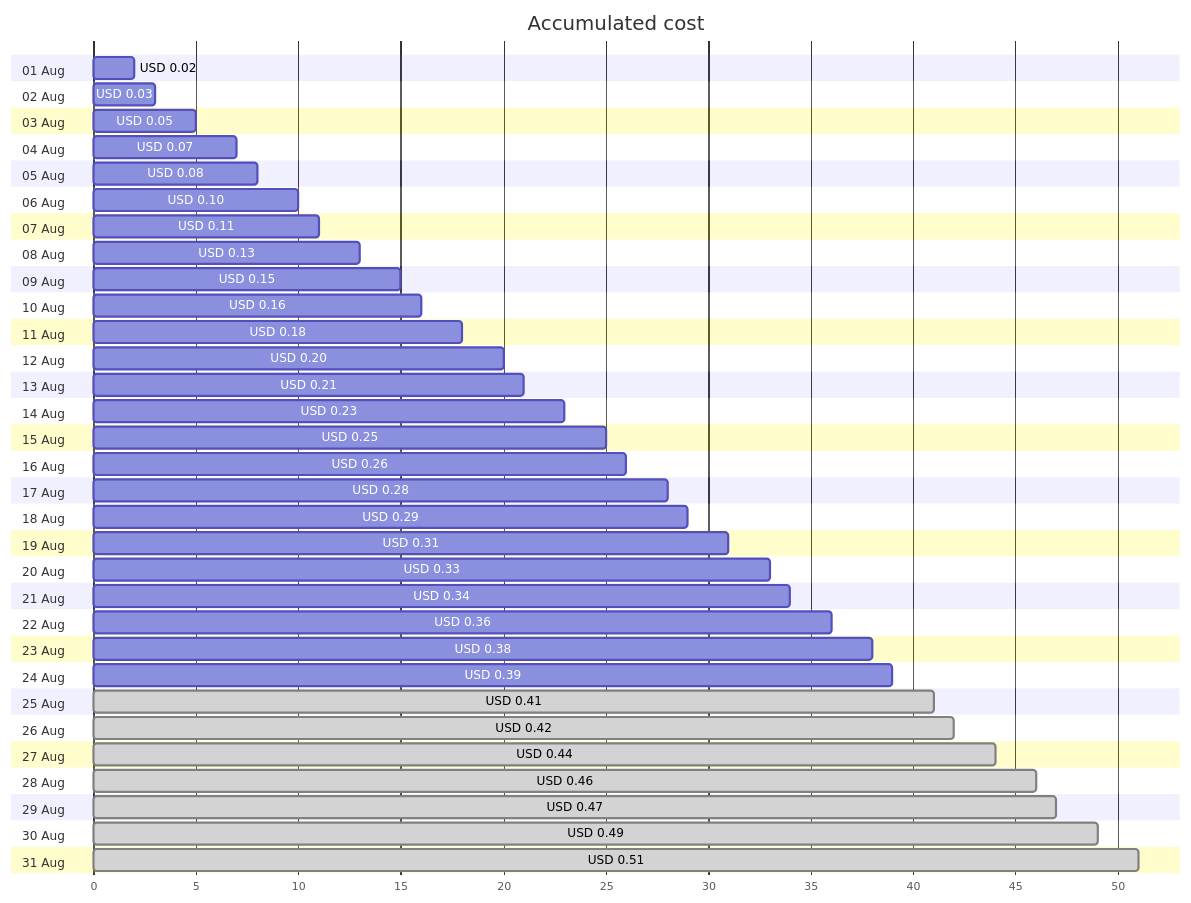
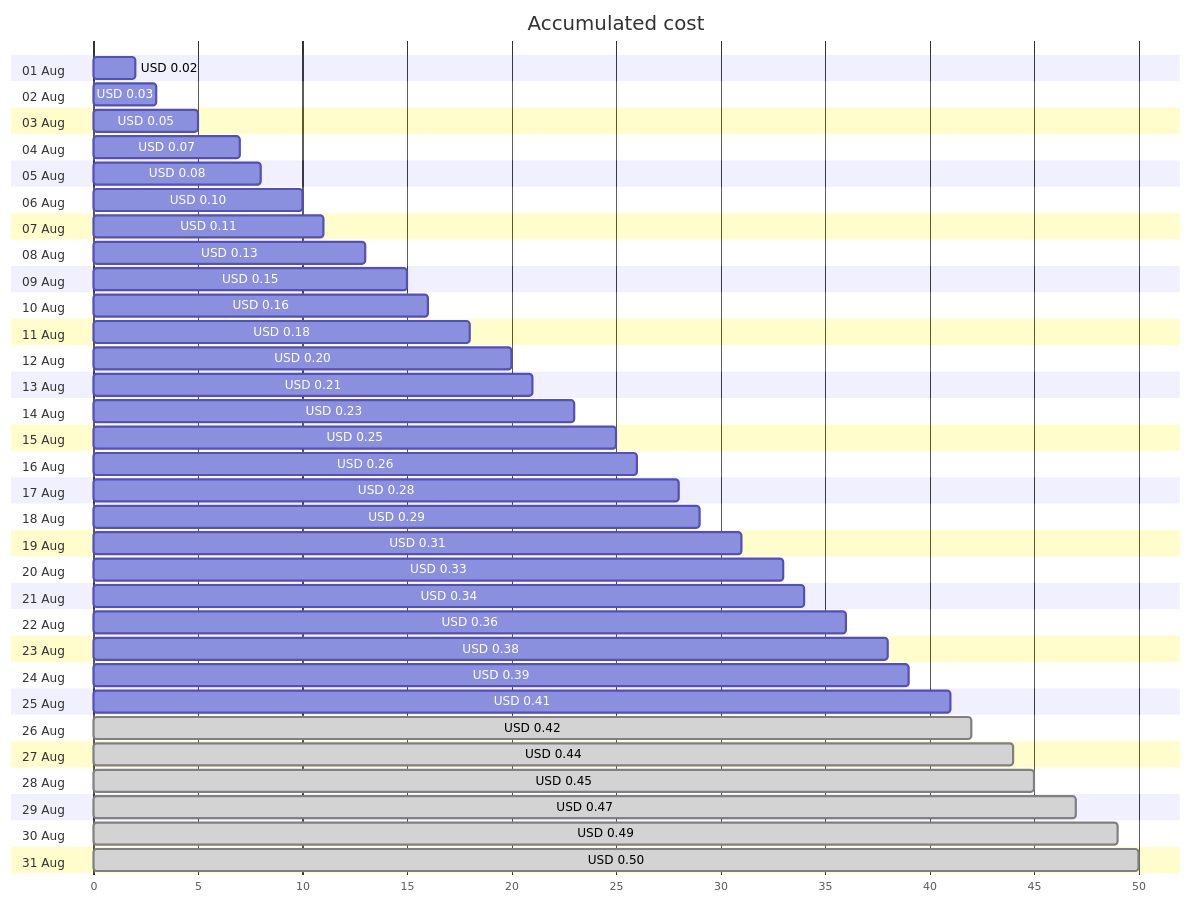
Before and after one commit to jpfulton/azure-personal-reports: the first of 4 diagrams in cost-reports/personal-dns/jpatrickfulton.com.md, drawn with Mermaid. The commit also changed other lines of this file and 2 other files, not shown here.

````diff
--- a/cost-reports/personal-dns/jpatrickfulton.com.md
+++ b/cost-reports/personal-dns/jpatrickfulton.com.md
@@ -20,68 +20,68 @@
 ```mermaid
 gantt
    title Accumulated cost
    dateFormat  X
    axisFormat %s
    section 01 Aug
    USD 0.02 :0, 2
    section 02 Aug
    USD 0.03 :0, 3
    section 03 Aug
    USD 0.05 :0, 5
    section 04 Aug
    USD 0.07 :0, 7
    section 05 Aug
    USD 0.08 :0, 8
    section 06 Aug
    USD 0.10 :0, 10
    section 07 Aug
    USD 0.11 :0, 11
    section 08 Aug
    USD 0.13 :0, 13
    section 09 Aug
    USD 0.15 :0, 15
    section 10 Aug
    USD 0.16 :0, 16
    section 11 Aug
    USD 0.18 :0, 18
    section 12 Aug
    USD 0.20 :0, 20
    section 13 Aug
    USD 0.21 :0, 21
    section 14 Aug
    USD 0.23 :0, 23
    section 15 Aug
    USD 0.25 :0, 25
    section 16 Aug
    USD 0.26 :0, 26
    section 17 Aug
    USD 0.28 :0, 28
    section 18 Aug
    USD 0.29 :0, 29
    section 19 Aug
    USD 0.31 :0, 31
    section 20 Aug
    USD 0.33 :0, 33
    section 21 Aug
    USD 0.34 :0, 34
    section 22 Aug
    USD 0.36 :0, 36
    section 23 Aug
    USD 0.38 :0, 38
    section 24 Aug
    USD 0.39 :0, 39
    section 25 Aug
-   USD 0.41 : done, 0, 41
+   USD 0.41 :0, 41
    section 26 Aug
    USD 0.42 : done, 0, 42
    section 27 Aug
    USD 0.44 : done, 0, 44
    section 28 Aug
-   USD 0.46 : done, 0, 46
+   USD 0.45 : done, 0, 45
    section 29 Aug
    USD 0.47 : done, 0, 47
    section 30 Aug
    USD 0.49 : done, 0, 49
    section 31 Aug
-   USD 0.51 : done, 0, 51
+   USD 0.50 : done, 0, 50
 ```
````
